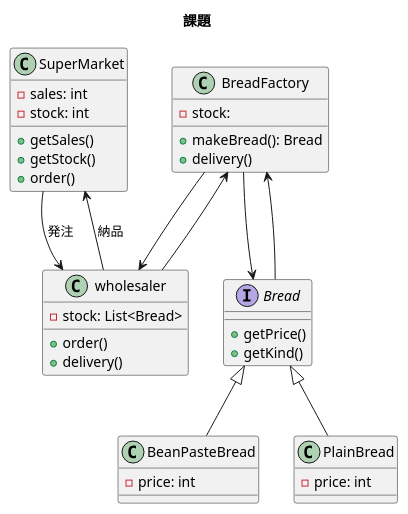
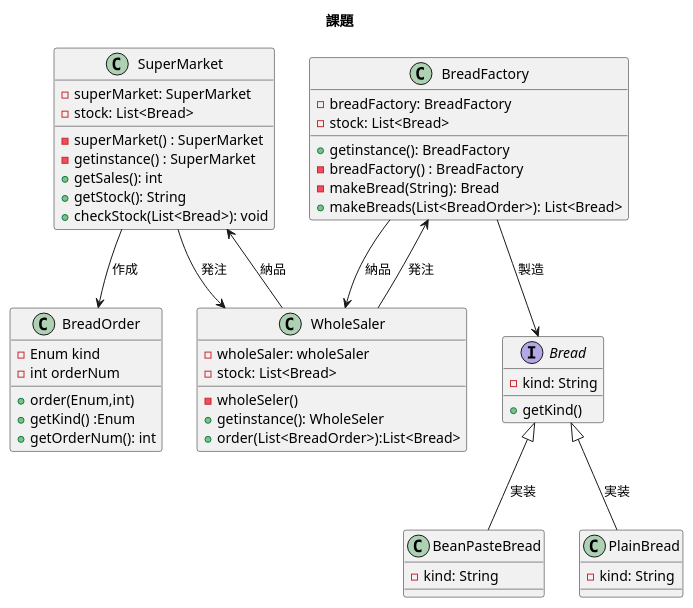
Before and after one commit to Nekonisi/Study: the diagram in 02_技術/デザインパターン/課題/クラス図.pu, drawn with PlantUML. The commit also changed other lines of this file and 335 other files, not shown here.

```diff
--- a/02_技術/デザインパターン/課題/クラス図.pu
+++ b/02_技術/デザインパターン/課題/クラス図.pu
@@ -4,50 +4,65 @@
 @startuml
 
 title 課題
 
 class SuperMarket {
-	-sales: int
-	-stock: int
-	+getSales()
-	+getStock()
-	+order()
+	-superMarket: SuperMarket
+	-stock: List<Bread>
+	-superMarket() : SuperMarket
+	-getinstance() : SuperMarket
+	+getSales(): int
+	+getStock(): String
+	+checkStock(List<Bread>): void
 }
 
-class wholesaler{
+Class BreadOrder {
+	-Enum kind
+	-int orderNum
+	+order(Enum,int)
+	+getKind() :Enum
+	+getOrderNum(): int
+}
+
+class WholeSaler{
+	-wholeSaler: wholeSaler
 	-stock: List<Bread>
-	+order()
-	+delivery()
+	-wholeSeler()
+	+getinstance(): WholeSeler
+	+order(List<BreadOrder>):List<Bread>
 }
 
 class BreadFactory {
-	-stock: 
-	+makeBread(): Bread
-	+delivery()
+	-breadFactory: BreadFactory
+	-stock: List<Bread>
+	+getinstance(): BreadFactory
+	-breadFactory() : BreadFactory
+	-makeBread(String): Bread
+	+makeBreads(List<BreadOrder>): List<Bread>
 }
 
 interface Bread {
- +getPrice()
+ -kind: String
  +getKind()
 }
 
 class BeanPasteBread {
-	-price: int
+	-kind: String
 }
 
 class PlainBread{
-	-price: int
+	-kind: String
 }
 
-SuperMarket --> wholesaler : 発注
-SuperMarket <-- wholesaler : 納品
+SuperMarket --> WholeSaler: 発注
+SuperMarket <-- WholeSaler: 納品
+SuperMarket --> BreadOrder : 作成
 
-Bread <|-- BeanPasteBread
-Bread <|-- PlainBread
+Bread <|-- BeanPasteBread: 実装
+Bread <|-- PlainBread: 実装
 
-BreadFactory --> Bread
-BreadFactory <-- Bread
+BreadFactory --> Bread: 製造
 
-BreadFactory --> wholesaler
-BreadFactory <-- wholesaler
+BreadFactory --> WholeSaler: 納品
+BreadFactory <-- WholeSaler: 発注
 
 @enduml
```
